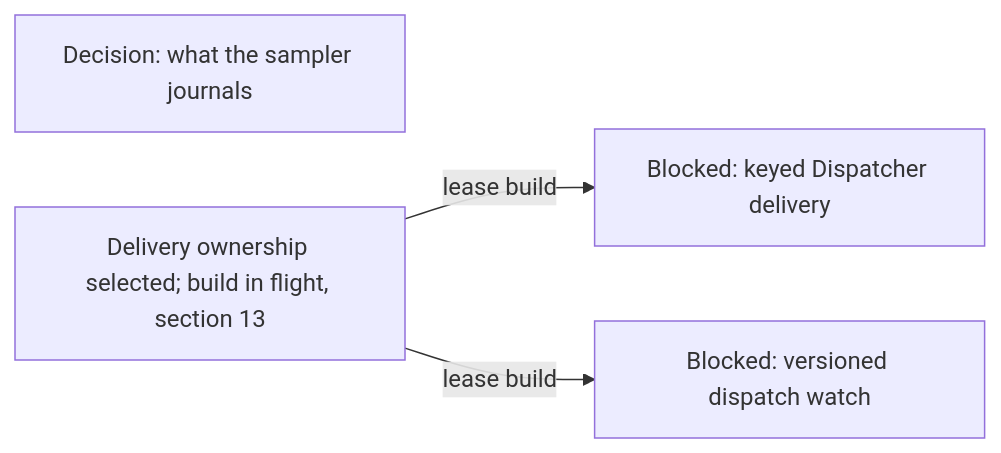
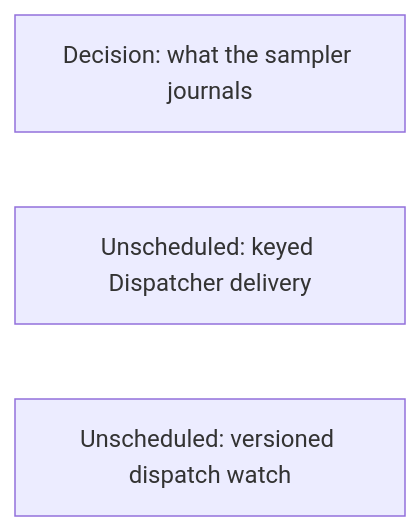
One commit to agentydragon/ducktape changed diagram 19 of 20 in agentplane/plans/task_dag.md. Above: the diagram before and after it, drawn with Mermaid. The commit also changed other lines of this file and 1 other file, not shown here.

First line of the commit message:
Burn down Gateway-era Go names and record the delivery lease rollout

````diff
--- a/agentplane/plans/task_dag.md
+++ b/agentplane/plans/task_dag.md
@@ -3766,6 +3766,6 @@
 ```mermaid
 flowchart LR
     SAMPLER_JOURNAL_DIET[Decision: what the sampler journals]
-    DISPATCHER_PERSISTENCE_MODEL_DESIGN[Delivery ownership selected; build in flight, section 13] -->|lease build| DISPATCHER_KEYED_DELIVERY[Blocked: keyed Dispatcher delivery]
-    DISPATCHER_PERSISTENCE_MODEL_DESIGN -->|lease build| DISPATCHER_WATCH_VERSIONS[Blocked: versioned dispatch watch]
+    DISPATCHER_KEYED_DELIVERY[Unscheduled: keyed Dispatcher delivery]
+    DISPATCHER_WATCH_VERSIONS[Unscheduled: versioned dispatch watch]
 ```
````
